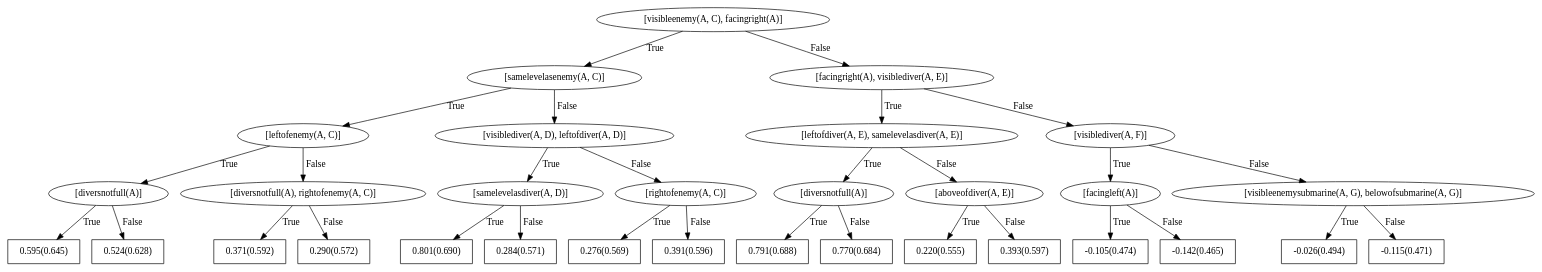
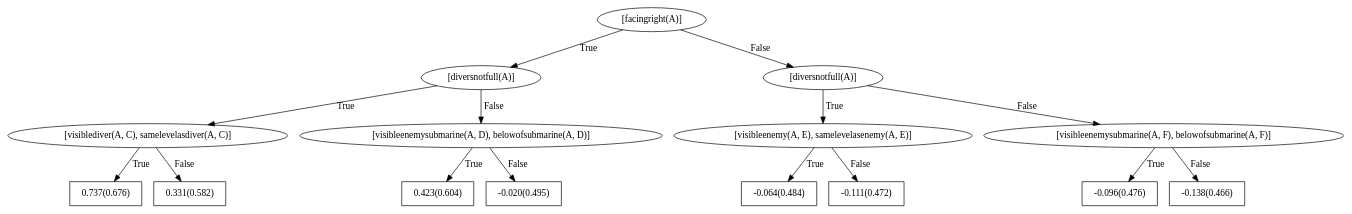
Before and after one commit to nikhileshp/NeSY-Imitation-Learning: the diagram in rdn_models/seaquest/all/negpos_2_trees_1_depth_2_grounding_penalty_0.1/right/bRDNs/dotFiles/WILLTreeFor_action0.dot, drawn with Graphviz. The commit also changed 424 other files, not shown here.

```diff
--- a/rdn_models/seaquest/all/negpos_2_trees_1_depth_2_grounding_penalty_0.1/right/bRDNs/dotFiles/WILLTreeFor_action0.dot
+++ b/rdn_models/seaquest/all/negpos_2_trees_1_depth_2_grounding_penalty_0.1/right/bRDNs/dotFiles/WILLTreeFor_action0.dot
@@ -1,63 +1,31 @@
 digraph G{ 
-1[label = "[visibleenemy(A, C), facingright(A)]"];
+1[label = "[facingright(A)]"];
 1 -> 2[label="True"];
 1 -> 3[label="False"];
-2[label = "[samelevelasenemy(A, C)]"];
+2[label = "[diversnotfull(A)]"];
 2 -> 4[label="True"];
 2 -> 5[label="False"];
-4[label = "[leftofenemy(A, C)]"];
+4[label = "[visiblediver(A, C), samelevelasdiver(A, C)]"];
 4 -> 6[label="True"];
 4 -> 7[label="False"];
-6[label = "[diversnotfull(A)]"];
-6 -> 8[label="True"];
-6 -> 9[label="False"];
-8[shape = box,label = "0.595(0.645)"];
-9[shape = box,label = "0.524(0.628)"];
-7[label = "[diversnotfull(A), rightofenemy(A, C)]"];
-7 -> 10[label="True"];
-7 -> 11[label="False"];
-10[shape = box,label = "0.371(0.592)"];
-11[shape = box,label = "0.290(0.572)"];
-5[label = "[visiblediver(A, D), leftofdiver(A, D)]"];
-5 -> 12[label="True"];
-5 -> 13[label="False"];
-12[label = "[samelevelasdiver(A, D)]"];
-12 -> 14[label="True"];
-12 -> 15[label="False"];
-14[shape = box,label = "0.801(0.690)"];
-15[shape = box,label = "0.284(0.571)"];
-13[label = "[rightofenemy(A, C)]"];
-13 -> 16[label="True"];
-13 -> 17[label="False"];
-16[shape = box,label = "0.276(0.569)"];
-17[shape = box,label = "0.391(0.596)"];
-3[label = "[facingright(A), visiblediver(A, E)]"];
-3 -> 18[label="True"];
-3 -> 19[label="False"];
-18[label = "[leftofdiver(A, E), samelevelasdiver(A, E)]"];
-18 -> 20[label="True"];
-18 -> 21[label="False"];
-20[label = "[diversnotfull(A)]"];
-20 -> 22[label="True"];
-20 -> 23[label="False"];
-22[shape = box,label = "0.791(0.688)"];
-23[shape = box,label = "0.770(0.684)"];
-21[label = "[aboveofdiver(A, E)]"];
-21 -> 24[label="True"];
-21 -> 25[label="False"];
-24[shape = box,label = "0.220(0.555)"];
-25[shape = box,label = "0.393(0.597)"];
-19[label = "[visiblediver(A, F)]"];
-19 -> 26[label="True"];
-19 -> 27[label="False"];
-26[label = "[facingleft(A)]"];
-26 -> 28[label="True"];
-26 -> 29[label="False"];
-28[shape = box,label = "-0.105(0.474)"];
-29[shape = box,label = "-0.142(0.465)"];
-27[label = "[visibleenemysubmarine(A, G), belowofsubmarine(A, G)]"];
-27 -> 30[label="True"];
-27 -> 31[label="False"];
-30[shape = box,label = "-0.026(0.494)"];
-31[shape = box,label = "-0.115(0.471)"];
+6[shape = box,label = "0.737(0.676)"];
+7[shape = box,label = "0.331(0.582)"];
+5[label = "[visibleenemysubmarine(A, D), belowofsubmarine(A, D)]"];
+5 -> 8[label="True"];
+5 -> 9[label="False"];
+8[shape = box,label = "0.423(0.604)"];
+9[shape = box,label = "-0.020(0.495)"];
+3[label = "[diversnotfull(A)]"];
+3 -> 10[label="True"];
+3 -> 11[label="False"];
+10[label = "[visibleenemy(A, E), samelevelasenemy(A, E)]"];
+10 -> 12[label="True"];
+10 -> 13[label="False"];
+12[shape = box,label = "-0.064(0.484)"];
+13[shape = box,label = "-0.111(0.472)"];
+11[label = "[visibleenemysubmarine(A, F), belowofsubmarine(A, F)]"];
+11 -> 14[label="True"];
+11 -> 15[label="False"];
+14[shape = box,label = "-0.096(0.476)"];
+15[shape = box,label = "-0.138(0.466)"];
 }
```
